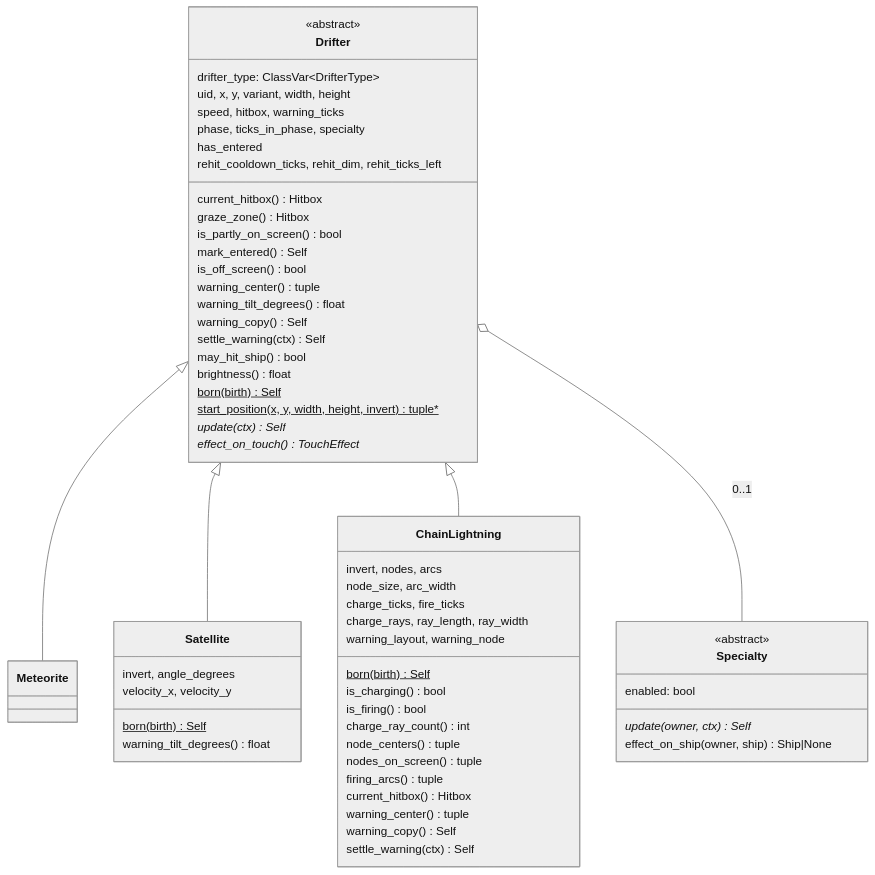
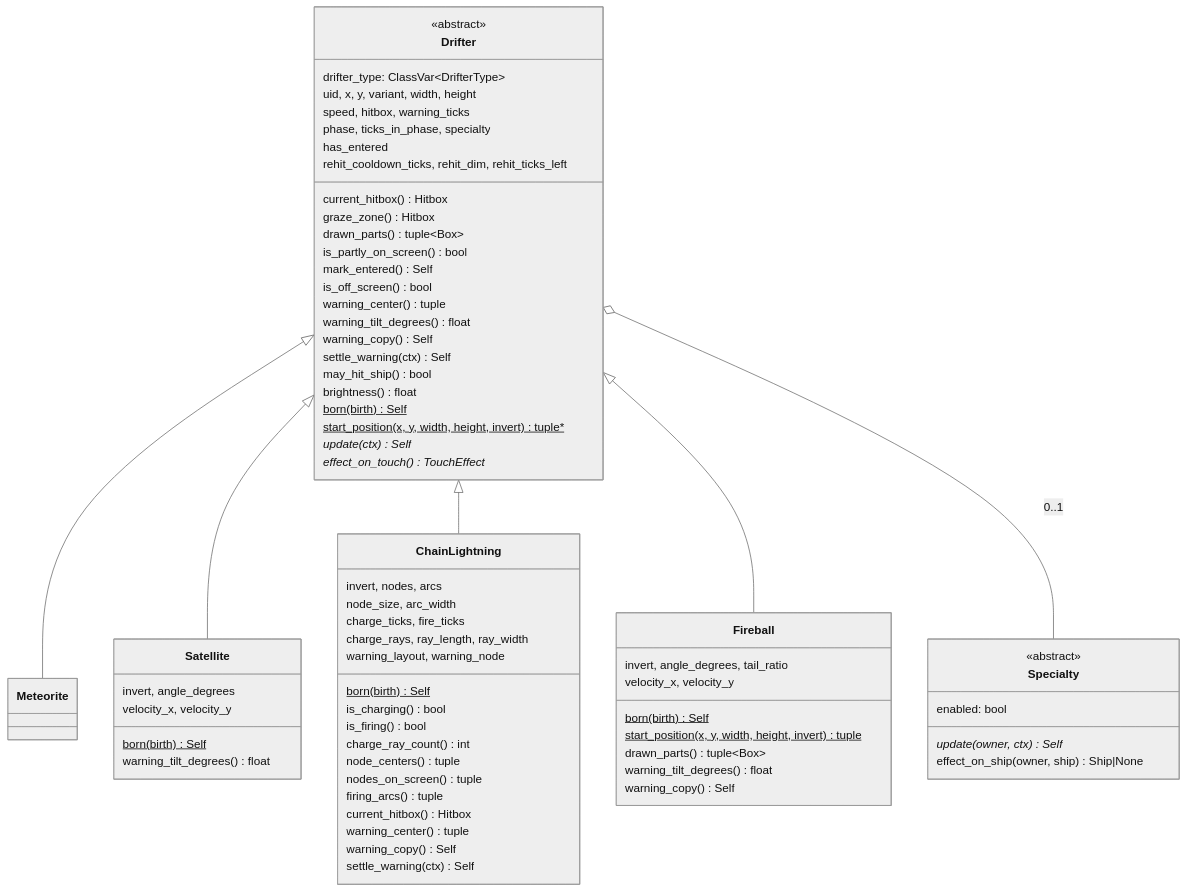
One commit to david-mntl/driftward-ace changed the first of 6 diagrams in docs/contracts/systems/drifters.md. Above: the diagram before and after it, drawn with Mermaid (neutral theme). The commit also changed other lines of this file and 7 other files, not shown here.

Commit message:
docs(contracts): add fireball spec, tuning schema and DRA-56 tasks, allow spawn rows with no position

````diff
--- a/docs/contracts/systems/drifters.md
+++ b/docs/contracts/systems/drifters.md
@@ -32,62 +33,73 @@
 ```mermaid
 classDiagram
   class Drifter {
     <<abstract>>
     drifter_type: ClassVar~DrifterType~
     uid, x, y, variant, width, height
     speed, hitbox, warning_ticks
     phase, ticks_in_phase, specialty
     has_entered
     rehit_cooldown_ticks, rehit_dim, rehit_ticks_left
     current_hitbox() Hitbox
     graze_zone() Hitbox
+    drawn_parts() tuple~Box~
     is_partly_on_screen() bool
     mark_entered() Self
     is_off_screen() bool
     warning_center() tuple
     warning_tilt_degrees() float
     warning_copy() Self
     settle_warning(ctx) Self
     may_hit_ship() bool
     brightness() float
     born(birth)$ Self
     start_position(x, y, width, height, invert)$ tuple*
     update(ctx) Self*
     effect_on_touch() TouchEffect*
   }
   class Specialty {
     <<abstract>>
     enabled: bool
     update(owner, ctx) Self*
     effect_on_ship(owner, ship) Ship|None
   }
   class Meteorite
   class Satellite {
     invert, angle_degrees
     velocity_x, velocity_y
     born(birth)$ Self
     warning_tilt_degrees() float
   }
   class ChainLightning {
     invert, nodes, arcs
     node_size, arc_width
     charge_ticks, fire_ticks
     charge_rays, ray_length, ray_width
     warning_layout, warning_node
     born(birth)$ Self
     is_charging() bool
     is_firing() bool
     charge_ray_count() int
     node_centers() tuple
     nodes_on_screen() tuple
     firing_arcs() tuple
     current_hitbox() Hitbox
     warning_center() tuple
     warning_copy() Self
     settle_warning(ctx) Self
   }
+  class Fireball {
+    invert, angle_degrees, tail_ratio
+    velocity_x, velocity_y
+    born(birth)$ Self
+    start_position(x, y, width, height, invert)$ tuple
+    drawn_parts() tuple~Box~
+    warning_tilt_degrees() float
+    warning_copy() Self
+  }
   Drifter <|-- Meteorite
   Drifter <|-- Satellite
   Drifter <|-- ChainLightning
+  Drifter <|-- Fireball
   Drifter o-- Specialty : 0..1
 ```
````
